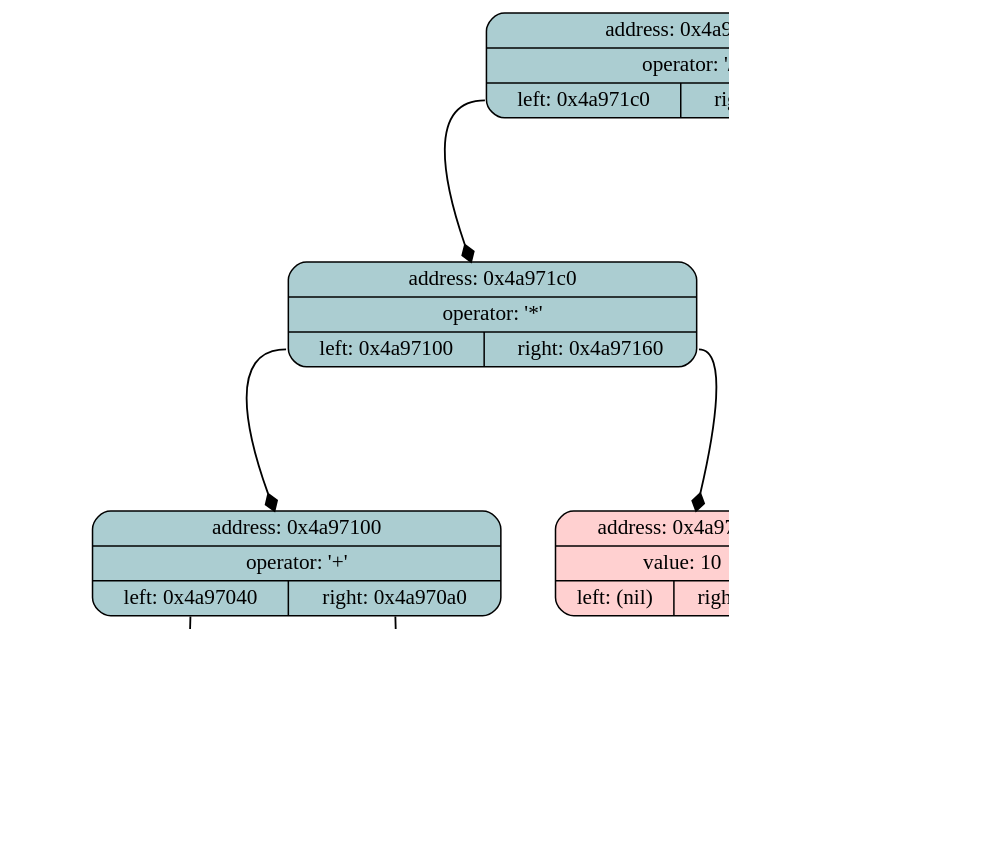
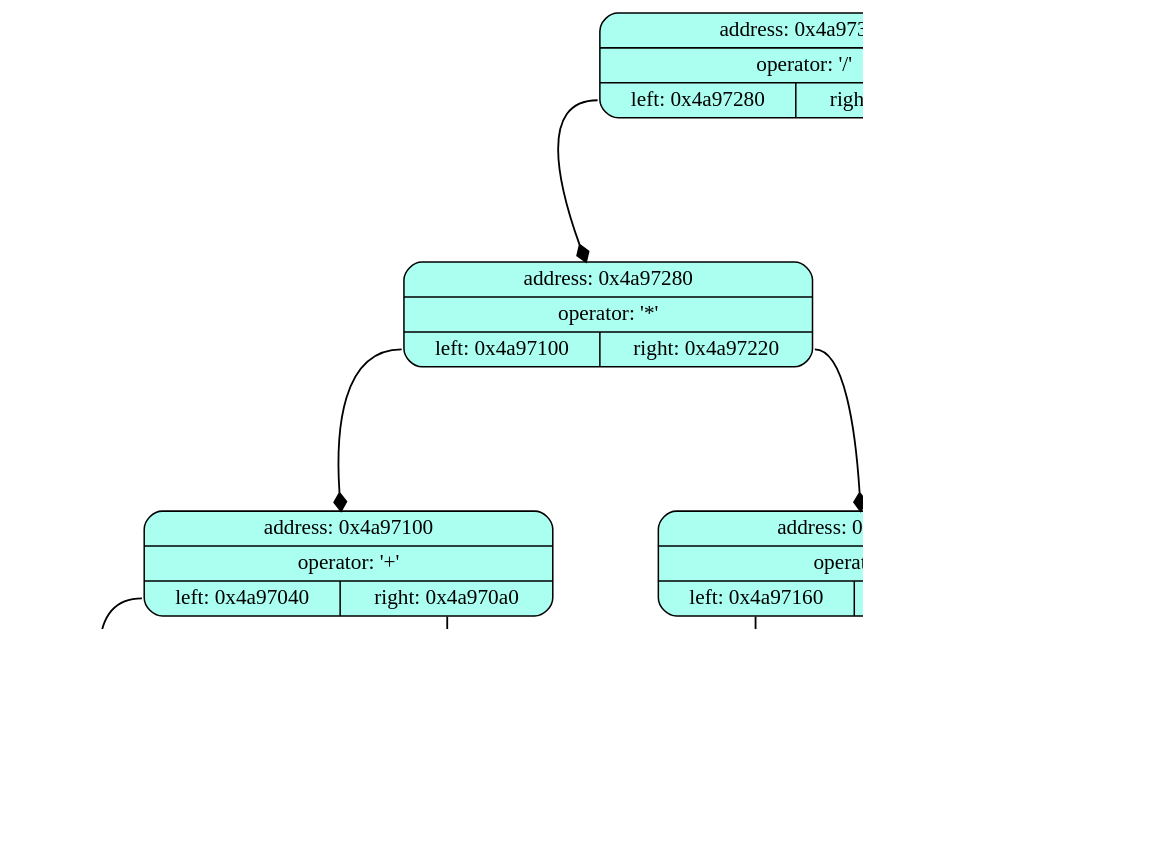
Before and after one commit to VictorBerbenets/Differentiator: the diagram in data/list.dot, drawn with Graphviz. The commit also changed 6 other files, not shown here.

```diff
--- a/data/list.dot
+++ b/data/list.dot
@@ -1,28 +1,34 @@
 digraph List {
 	dpi = 100;
 	fontname = "Comic Sans MS";
 	fontsize = 20;
 	rankdir  = TB;
 graph [fillcolor = lightgreen, ranksep = 1.3, nodesep = 0.5, style = "rounded", color = green, penwidth = 2];
 edge [color = black, arrowhead = diamond, arrowsize = 1, penwidth = 1.2];
-node1 [shape = Mrecord, style = filled, fillcolor = "#ABCDD1", label = "{address: 0x4a97280|operator: '/'| { <ptr1> left: 0x4a971c0| <ptr2> right: 0x4a97220}}"]
-node2 [shape = Mrecord, style = filled, fillcolor = "#ABCDD1", label = "{address: 0x4a97280|operator: '/'| { <ptr1> left: 0x4a971c0| <ptr2> right: 0x4a97220}}"]
-node1: <ptr1> -> node2; node3 [shape = Mrecord, style = filled, fillcolor = "#ABCDD1", label = "{address: 0x4a97280|operator: '/'| { <ptr1> left: 0x4a971c0| <ptr2> right: 0x4a97220}}"]
+node1 [shape = Mrecord, style = filled, fillcolor = "#ABFFF1", label = "{address: 0x4a97340|operator: '/'| { <ptr1> left: 0x4a97280| <ptr2> right: 0x4a972e0}}"]
+node2 [shape = Mrecord, style = filled, fillcolor = "#ABFFF1", label = "{address: 0x4a97340|operator: '/'| { <ptr1> left: 0x4a97280| <ptr2> right: 0x4a972e0}}"]
+node1: <ptr1> -> node2; node3 [shape = Mrecord, style = filled, fillcolor = "#ABFFF1", label = "{address: 0x4a97340|operator: '/'| { <ptr1> left: 0x4a97280| <ptr2> right: 0x4a972e0}}"]
 node1: <ptr2> -> node3; 
-node2 [shape = Mrecord, style = filled, fillcolor = "#ABCDD1", label = "{address: 0x4a971c0|operator: '*'| { <ptr1> left: 0x4a97100| <ptr2> right: 0x4a97160}}"]
-node4 [shape = Mrecord, style = filled, fillcolor = "#ABCDD1", label = "{address: 0x4a971c0|operator: '*'| { <ptr1> left: 0x4a97100| <ptr2> right: 0x4a97160}}"]
-node2: <ptr1> -> node4; node5 [shape = Mrecord, style = filled, fillcolor = "#ABCDD1", label = "{address: 0x4a971c0|operator: '*'| { <ptr1> left: 0x4a97100| <ptr2> right: 0x4a97160}}"]
+node2 [shape = Mrecord, style = filled, fillcolor = "#ABFFF1", label = "{address: 0x4a97280|operator: '*'| { <ptr1> left: 0x4a97100| <ptr2> right: 0x4a97220}}"]
+node4 [shape = Mrecord, style = filled, fillcolor = "#ABFFF1", label = "{address: 0x4a97280|operator: '*'| { <ptr1> left: 0x4a97100| <ptr2> right: 0x4a97220}}"]
+node2: <ptr1> -> node4; node5 [shape = Mrecord, style = filled, fillcolor = "#ABFFF1", label = "{address: 0x4a97280|operator: '*'| { <ptr1> left: 0x4a97100| <ptr2> right: 0x4a97220}}"]
 node2: <ptr2> -> node5; 
-node3 [shape = Mrecord, style = filled, fillcolor = "#FFD0D0", label = "{address: 0x4a97220|value: -2| { <ptr1> left: (nil)| <ptr2> right: (nil)}}"]
+node3 [shape = Mrecord, style = filled, fillcolor = "#FFD0D0", label = "{address: 0x4a972e0|value: -5.5| { <ptr1> left: (nil)| <ptr2> right: (nil)}}"]
 
-node4 [shape = Mrecord, style = filled, fillcolor = "#ABCDD1", label = "{address: 0x4a97100|operator: '+'| { <ptr1> left: 0x4a97040| <ptr2> right: 0x4a970a0}}"]
-node6 [shape = Mrecord, style = filled, fillcolor = "#ABCDD1", label = "{address: 0x4a97100|operator: '+'| { <ptr1> left: 0x4a97040| <ptr2> right: 0x4a970a0}}"]
-node4: <ptr1> -> node6; node7 [shape = Mrecord, style = filled, fillcolor = "#ABCDD1", label = "{address: 0x4a97100|operator: '+'| { <ptr1> left: 0x4a97040| <ptr2> right: 0x4a970a0}}"]
+node4 [shape = Mrecord, style = filled, fillcolor = "#ABFFF1", label = "{address: 0x4a97100|operator: '+'| { <ptr1> left: 0x4a97040| <ptr2> right: 0x4a970a0}}"]
+node6 [shape = Mrecord, style = filled, fillcolor = "#ABFFF1", label = "{address: 0x4a97100|operator: '+'| { <ptr1> left: 0x4a97040| <ptr2> right: 0x4a970a0}}"]
+node4: <ptr1> -> node6; node7 [shape = Mrecord, style = filled, fillcolor = "#ABFFF1", label = "{address: 0x4a97100|operator: '+'| { <ptr1> left: 0x4a97040| <ptr2> right: 0x4a970a0}}"]
 node4: <ptr2> -> node7; 
-node5 [shape = Mrecord, style = filled, fillcolor = "#FFD0D0", label = "{address: 0x4a97160|value: 10| { <ptr1> left: (nil)| <ptr2> right: (nil)}}"]
-
+node5 [shape = Mrecord, style = filled, fillcolor = "#ABFFF1", label = "{address: 0x4a97220|operator: '-'| { <ptr1> left: 0x4a97160| <ptr2> right: 0x4a971c0}}"]
+node8 [shape = Mrecord, style = filled, fillcolor = "#ABFFF1", label = "{address: 0x4a97220|operator: '-'| { <ptr1> left: 0x4a97160| <ptr2> right: 0x4a971c0}}"]
+node5: <ptr1> -> node8; node9 [shape = Mrecord, style = filled, fillcolor = "#ABFFF1", label = "{address: 0x4a97220|operator: '-'| { <ptr1> left: 0x4a97160| <ptr2> right: 0x4a971c0}}"]
+node5: <ptr2> -> node9; 
 node6 [shape = Mrecord, style = filled, fillcolor = "#FFD0D0", label = "{address: 0x4a97040|value: 5| { <ptr1> left: (nil)| <ptr2> right: (nil)}}"]
 
 node7 [shape = Mrecord, style = filled, fillcolor = "#FFD0D0", label = "{address: 0x4a970a0|value: 7| { <ptr1> left: (nil)| <ptr2> right: (nil)}}"]
 
+node8 [shape = Mrecord, style = filled, fillcolor = "#FFD0D0", label = "{address: 0x4a97160|value: 10| { <ptr1> left: (nil)| <ptr2> right: (nil)}}"]
+
+node9 [shape = Mrecord, style = filled, fillcolor = "#FFD0D0", label = "{address: 0x4a971c0|value: -100| { <ptr1> left: (nil)| <ptr2> right: (nil)}}"]
+
 }
```
